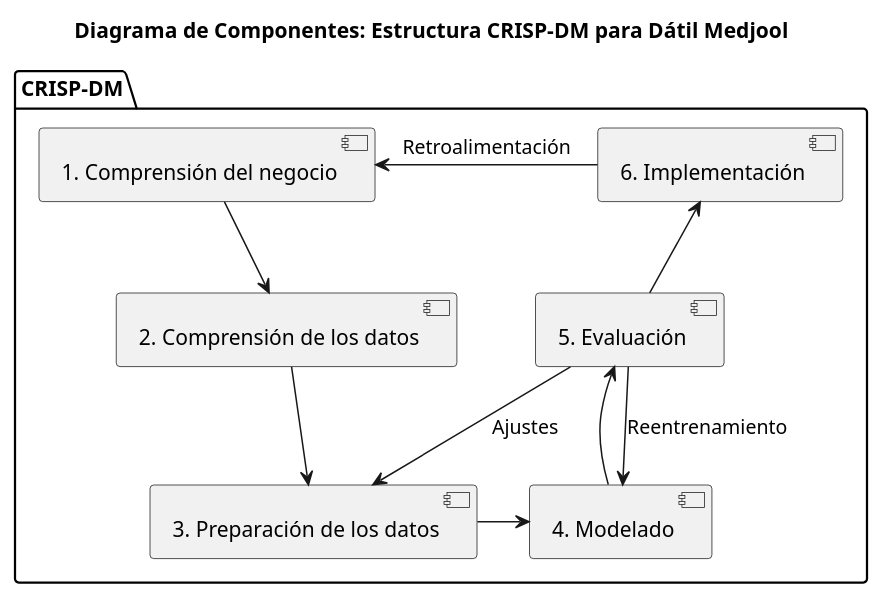
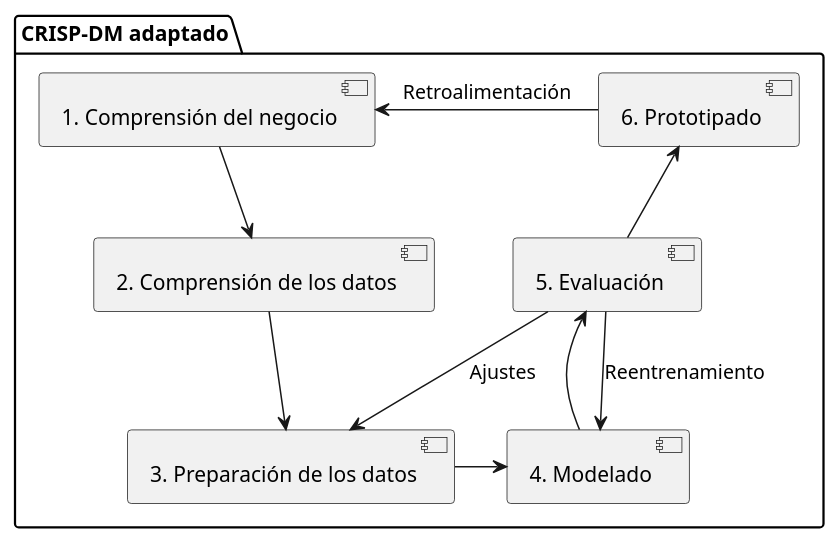
One commit to gallegosj89/phdProtocol changed the diagram in Figures/componentes.puml. Above: the diagram before and after it, drawn with PlantUML. The commit also changed other lines of this file and 8 other files, not shown here.

```diff
--- a/Figures/componentes.puml
+++ b/Figures/componentes.puml
@@ -1,76 +1,25 @@
 @startuml
-title Diagrama de Componentes: Estructura CRISP-DM para Dátil Medjool
+'title Diagrama de Componentes: Estructura CRISP-DM para Dátil Medjool
 
 'left to right direction
 
-package "CRISP-DM" {
+package "CRISP-DM adaptado" {
   [1. Comprensión del negocio]
   [2. Comprensión de los datos]
   [3. Preparación de los datos]
   [4. Modelado]
   [5. Evaluación]
-  [6. Implementación]
+  [6. Prototipado]
 }
-
-' package "1. Comprensión del Negocio" {
-'   [Productores]
-'   [Expertos Académicos]
-'   [Objetivos de calidad]
-' }
-
-' package "2. Comprensión de los Datos" {
-'   [Muestras de fruto]
-'   [Pruebas físico-químicas]
-' }
-
-' package "3. Preparación de Datos" {
-'   [Sensor RGB]
-'   [Sensor NIR]
-'   [Parámetros CIELab]
-'   [Preprocesamiento]
-' }
-
-' package "4. Modelado" {
-'   [Modelos Unimodales]
-'   [Modelos Multimodales]
-'   [Evaluación de Métricas]
-' }
-
-' package "5. Evaluación" {
-'   [Métricas de Desempeño]
-'   [Técnicas XAI]
-' }
-
-' package "6. Implementación" {
-'   [API REST]
-'   [Aplicación embebida]
-'   [Notebook interactivo]
-' }
-
-' [Productores] --> [Objetivos de calidad]
-' [Expertos Académicos] --> [Objetivos de calidad]
-' [Objetivos de calidad] --> [Muestras de fruto]
-' [Muestras de fruto] --> [Pruebas físico-químicas]
-' [Pruebas físico-químicas] --> [Preprocesamiento]
-' [Sensor RGB] --> [Preprocesamiento]
-' [Sensor NIR] --> [Preprocesamiento]
-' [Parámetros CIELab] --> [Preprocesamiento]
-' [Preprocesamiento] --> [Modelos Unimodales]
-' [Preprocesamiento] --> [Modelos Multimodales]
-' [Modelos Multimodales] --> [Evaluación de Métricas]
-' [Evaluación de Métricas] --> [Técnicas XAI]
-' [Técnicas XAI] --> [API REST]
-' [Técnicas XAI] --> [Aplicación embebida]
-' [Técnicas XAI] --> [Notebook interactivo]
 
 [1. Comprensión del negocio] -d-> [2. Comprensión de los datos]
 [2. Comprensión de los datos] -d-> [3. Preparación de los datos]
 [3. Preparación de los datos] -r-> [4. Modelado]
 [4. Modelado] -u-> [5. Evaluación]
-[5. Evaluación] -u-> [6. Implementación]
+[5. Evaluación] -u-> [6. Prototipado]
 
 ' Loopbacks típicos de CRISP-DM
 [5. Evaluación] --> [3. Preparación de los datos] : Ajustes
 [5. Evaluación] --> [4. Modelado] : Reentrenamiento
-[6. Implementación] -l-> [1. Comprensión del negocio] : Retroalimentación
+[6. Prototipado] -l-> [1. Comprensión del negocio] : Retroalimentación
 @enduml
```
